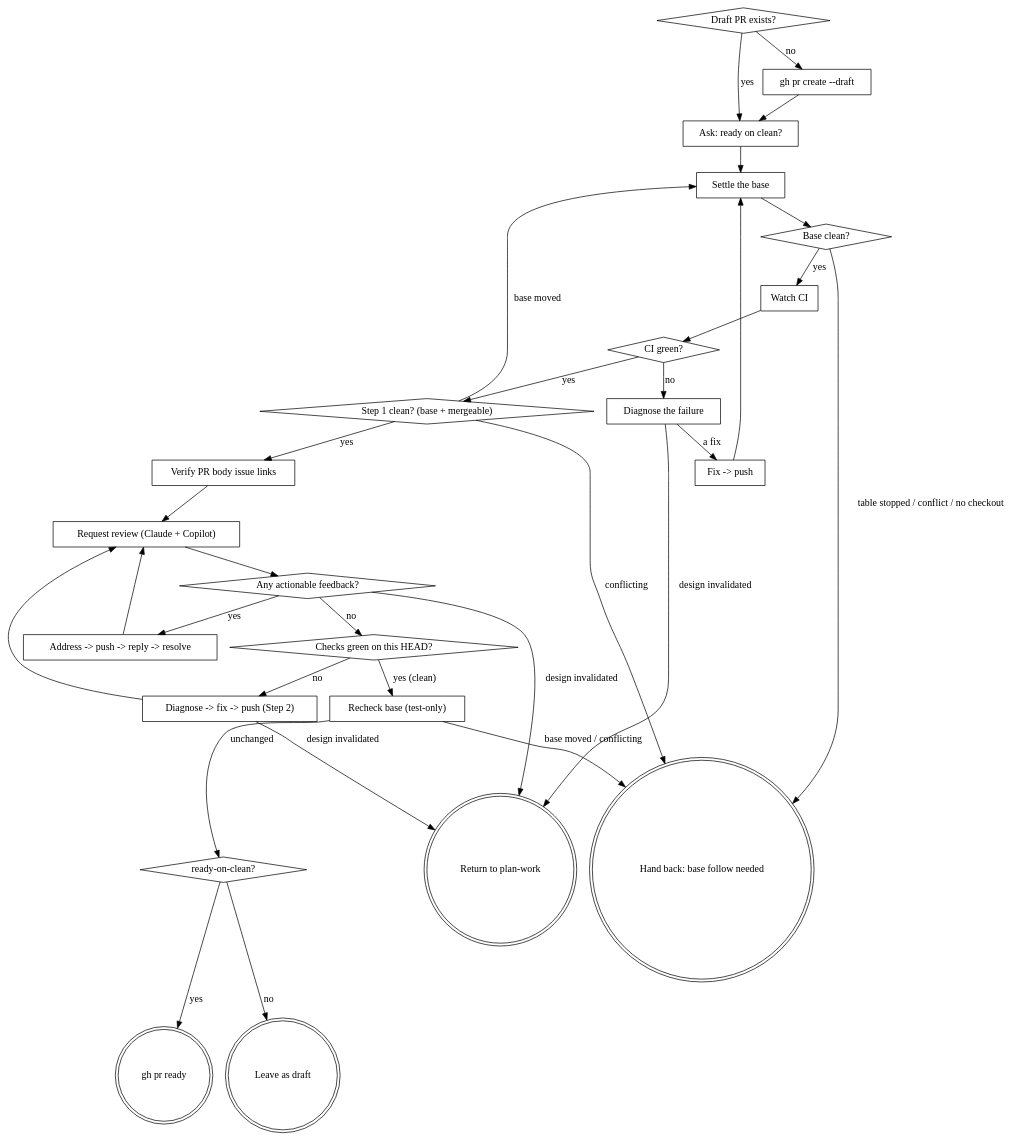
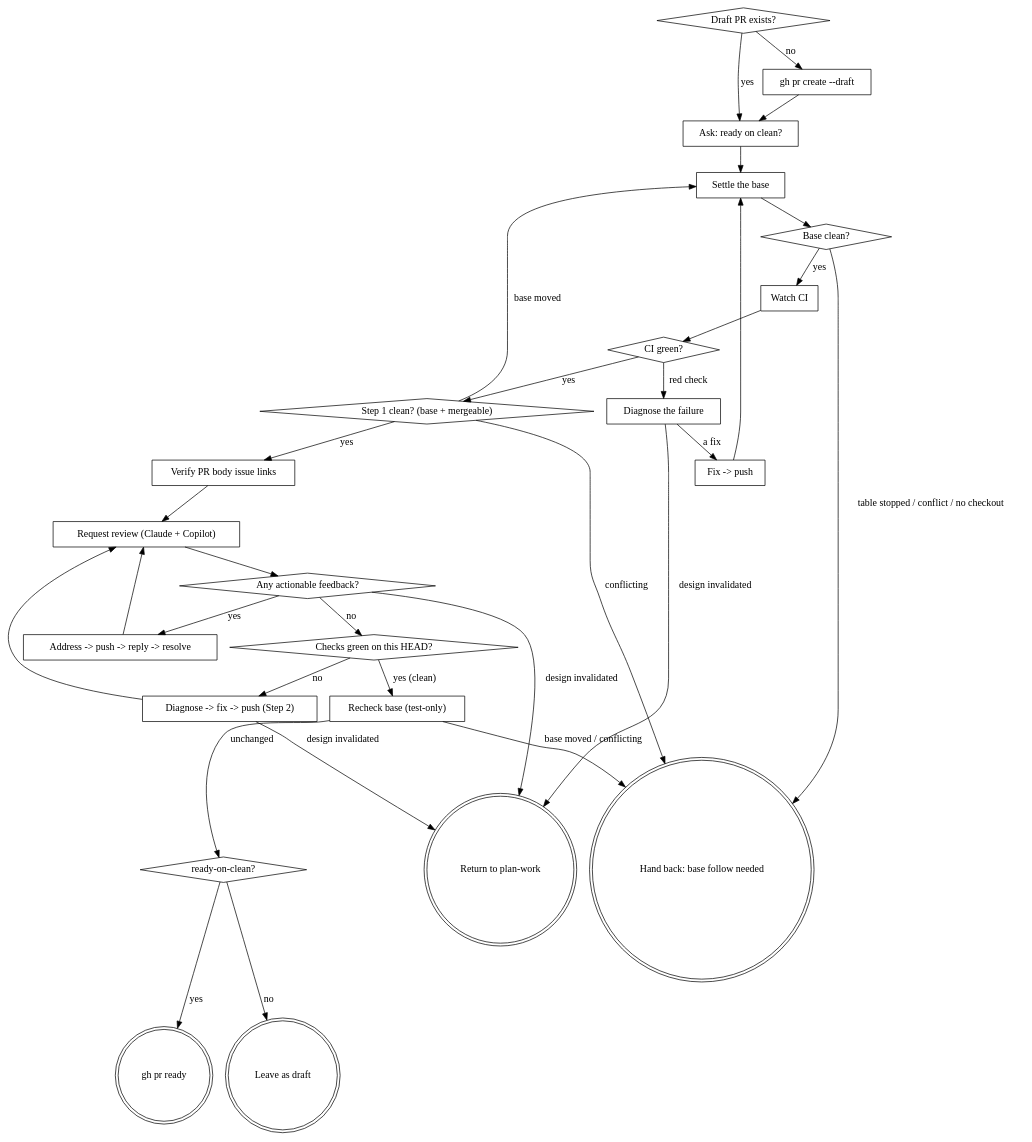
One commit to yowcow/dotfiles changed the diagram in ai/skills/pr-to-ready/SKILL.md. Above: the diagram before and after it, drawn with Graphviz. The commit also changed other lines of this file, not shown here.

````diff
--- a/ai/skills/pr-to-ready/SKILL.md
+++ b/ai/skills/pr-to-ready/SKILL.md
@@ -126,57 +126,57 @@
 ```dot
 digraph pr_to_ready {
   "Draft PR exists?" [shape=diamond];
   "gh pr create --draft" [shape=box];
   "Ask: ready on clean?" [shape=box];
   "Settle the base" [shape=box];
   "Base clean?" [shape=diamond];
   "Watch CI" [shape=box];
   "CI green?" [shape=diamond];
   "Step 1 clean? (base + mergeable)" [shape=diamond];
   "Diagnose the failure" [shape=box];
   "Fix -> push" [shape=box];
   "Verify PR body issue links" [shape=box];
   "Request review (Claude + Copilot)" [shape=box];
   "Any actionable feedback?" [shape=diamond];
   "Address -> push -> reply -> resolve" [shape=box];
   "Checks green on this HEAD?" [shape=diamond];
   "Diagnose -> fix -> push (Step 2)" [shape=box];
   "Recheck base (test-only)" [shape=box];
   "ready-on-clean?" [shape=diamond];
   "gh pr ready" [shape=doublecircle];
   "Leave as draft" [shape=doublecircle];
   "Hand back: base follow needed" [shape=doublecircle];
   "Return to plan-work" [shape=doublecircle];
 
   "Draft PR exists?" -> "gh pr create --draft" [label="no"];
   "gh pr create --draft" -> "Ask: ready on clean?";
   "Draft PR exists?" -> "Ask: ready on clean?" [label="yes"];
   "Ask: ready on clean?" -> "Settle the base";
   "Settle the base" -> "Base clean?";
   "Base clean?" -> "Watch CI" [label="yes"];
   "Base clean?" -> "Hand back: base follow needed" [label="table stopped / conflict / no checkout"];
   "Watch CI" -> "CI green?";
-  "CI green?" -> "Diagnose the failure" [label="no"];
+  "CI green?" -> "Diagnose the failure" [label="red check"];
   "Diagnose the failure" -> "Fix -> push" [label="a fix"];
   "Fix -> push" -> "Settle the base";
   "CI green?" -> "Step 1 clean? (base + mergeable)" [label="yes"];
   "Step 1 clean? (base + mergeable)" -> "Verify PR body issue links" [label="yes"];
   "Step 1 clean? (base + mergeable)" -> "Settle the base" [label="base moved"];
   "Step 1 clean? (base + mergeable)" -> "Hand back: base follow needed" [label="conflicting"];
   "Verify PR body issue links" -> "Request review (Claude + Copilot)";
   "Request review (Claude + Copilot)" -> "Any actionable feedback?";
   "Any actionable feedback?" -> "Address -> push -> reply -> resolve" [label="yes"];
   "Address -> push -> reply -> resolve" -> "Request review (Claude + Copilot)";
   "Any actionable feedback?" -> "Checks green on this HEAD?" [label="no"];
   "Checks green on this HEAD?" -> "Recheck base (test-only)" [label="yes (clean)"];
   "Checks green on this HEAD?" -> "Diagnose -> fix -> push (Step 2)" [label="no"];
   "Recheck base (test-only)" -> "ready-on-clean?" [label="unchanged"];
   "Recheck base (test-only)" -> "Hand back: base follow needed" [label="base moved / conflicting"];
   "Diagnose -> fix -> push (Step 2)" -> "Request review (Claude + Copilot)";
   "Diagnose -> fix -> push (Step 2)" -> "Return to plan-work" [label="design invalidated"];
   "Any actionable feedback?" -> "Return to plan-work" [label="design invalidated"];
   "Diagnose the failure" -> "Return to plan-work" [label="design invalidated"];
   "ready-on-clean?" -> "gh pr ready" [label="yes"];
   "ready-on-clean?" -> "Leave as draft" [label="no"];
 }
 ```
````
